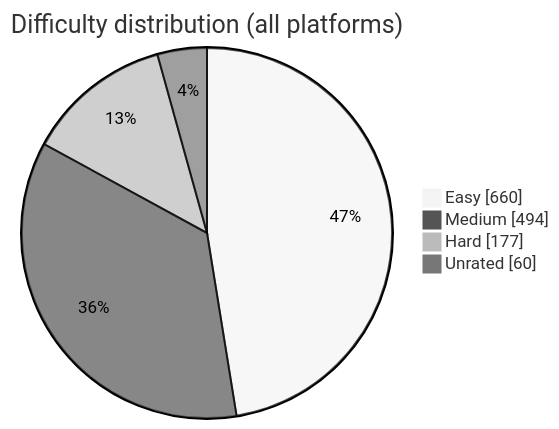
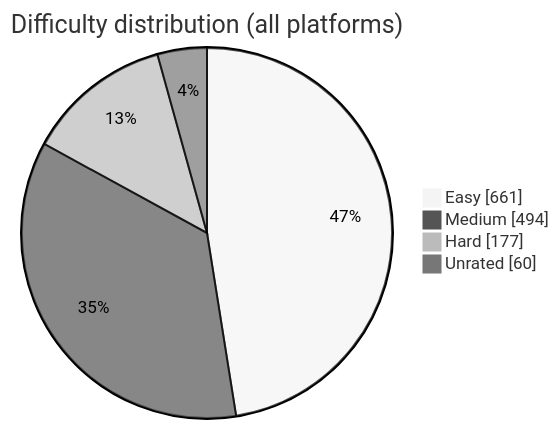
One commit to BuildbyArindam/Daily-Coding-Log changed the diagram in README.md. Above: the diagram before and after it, drawn with Mermaid (neutral theme). The commit also changed other lines of this file, not shown here.

````diff
--- a/README.md
+++ b/README.md
@@ -93,7 +93,7 @@
 ```mermaid
 pie showData title Difficulty distribution (all platforms)
-    "Easy" : 660
+    "Easy" : 661
     "Medium" : 494
     "Hard" : 177
     "Unrated" : 60
 ```
````
